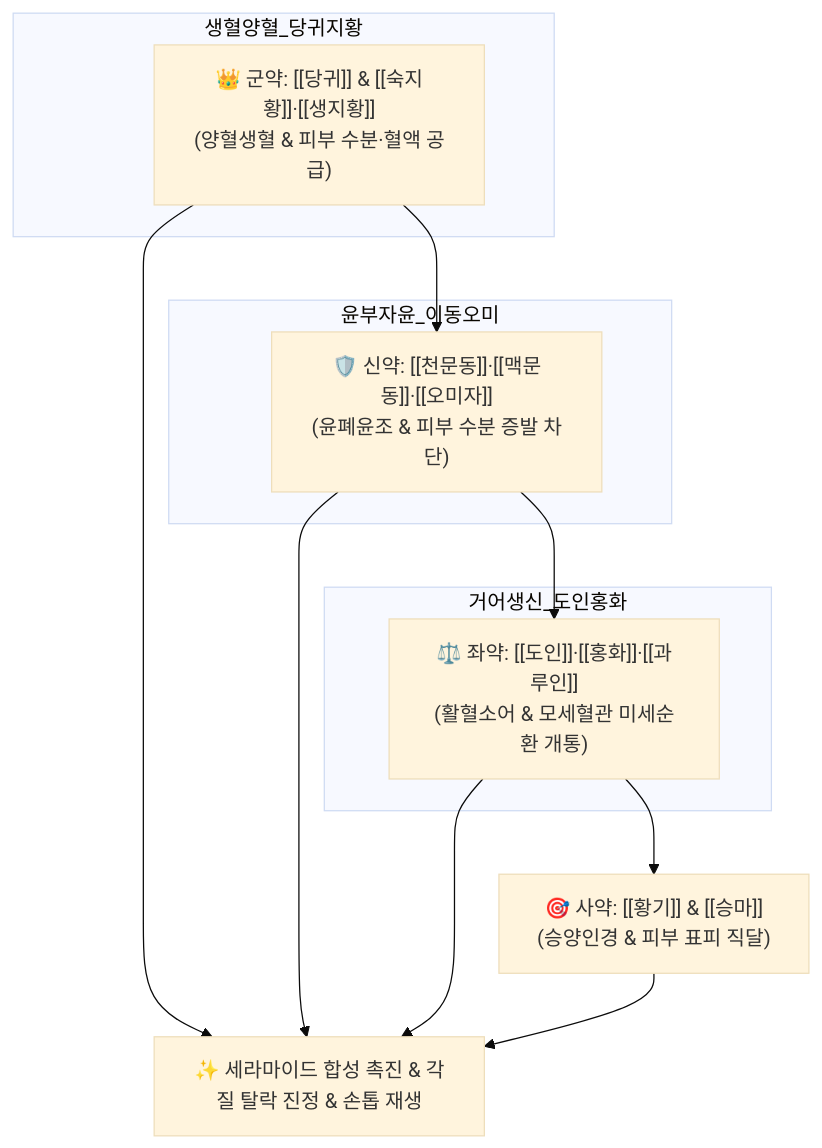
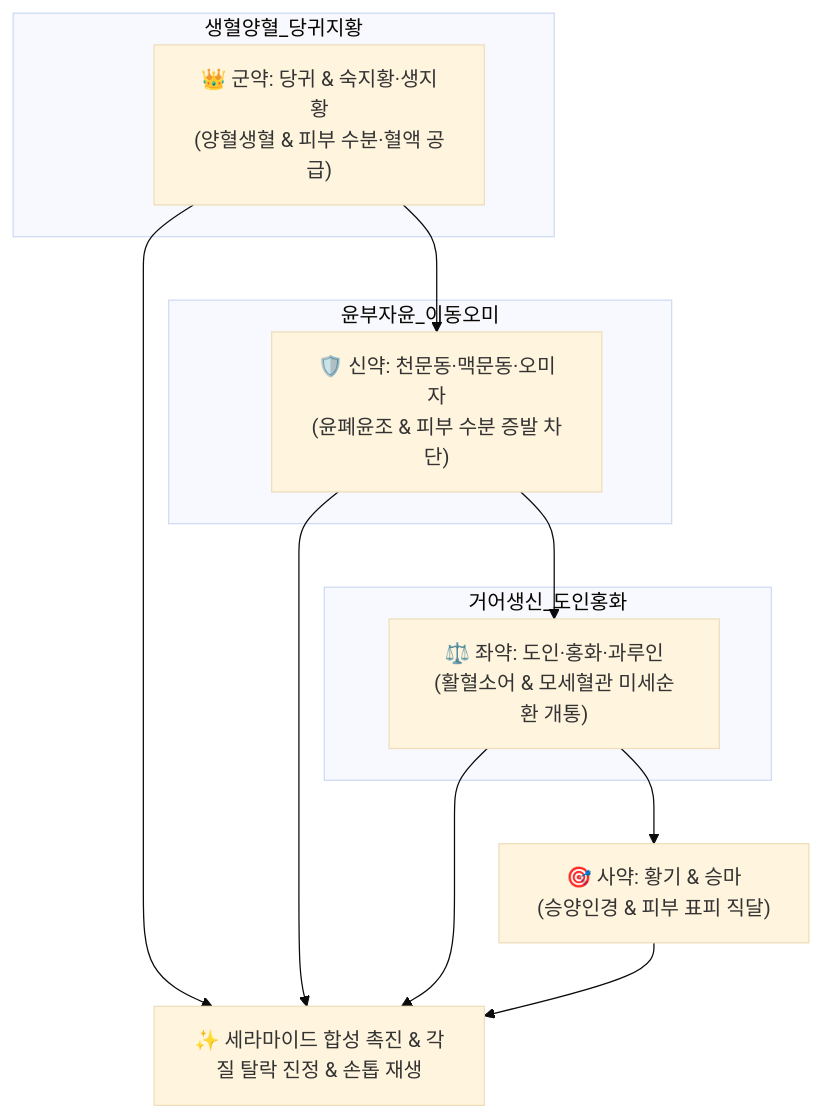
The diagram in content/2. 약리 공부/처방/02_보익제/생혈윤부음.md (simbio11/simbio-digital-garden2), drawn with Mermaid (base theme) before and after one commit. The commit also changed other lines of this file and 323 other files, not shown here.

````diff
--- a/content/2. 약리 공부/처방/02_보익제/생혈윤부음.md
+++ b/content/2. 약리 공부/처방/02_보익제/생혈윤부음.md
@@ -48,17 +50,17 @@
 ```mermaid
 graph TD
     subgraph 생혈양혈_당귀지황
-        DG["👑 군약: [[당귀]] & [[숙지황]]·[[생지황]]<br>(양혈생혈 & 피부 수분·혈액 공급)"]
+        DG["👑 군약: 당귀 & 숙지황·생지황<br>(양혈생혈 & 피부 수분·혈액 공급)"]
     end
     subgraph 윤부자윤_이동오미
-        MD["🛡️ 신약: [[천문동]]·[[맥문동]]·[[오미자]]<br>(윤폐윤조 & 피부 수분 증발 차단)"]
+        MD["🛡️ 신약: 천문동·맥문동·오미자<br>(윤폐윤조 & 피부 수분 증발 차단)"]
     end
     subgraph 거어생신_도인홍화
-        DH["⚖️ 좌약: [[도인]]·[[홍화]]·[[과루인]]<br>(활혈소어 & 모세혈관 미세순환 개통)"]
+        DH["⚖️ 좌약: 도인·홍화·과루인<br>(활혈소어 & 모세혈관 미세순환 개통)"]
     end
-    SB["🎯 사약: [[황기]] & [[승마]]<br>(승양인경 & 피부 표피 직달)"]
+    SB["🎯 사약: 황기 & 승마<br>(승양인경 & 피부 표피 직달)"]
     DG --> MD
     MD --> DH
     DH --> SB
     DG & MD & DH & SB --> Target["✨ 세라마이드 합성 촉진 & 각질 탈락 진정 & 손톱 재생"]
 ```
````
